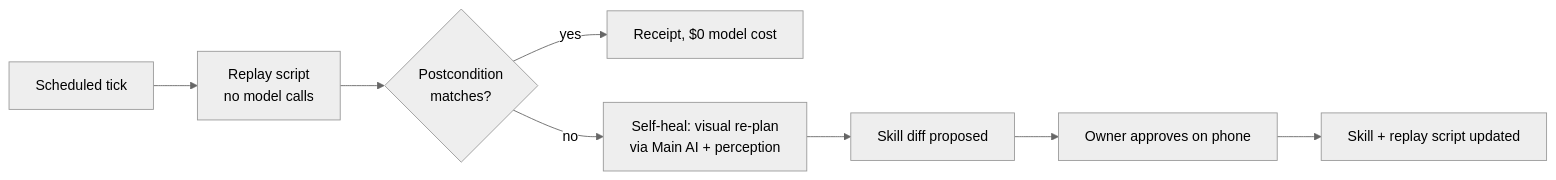
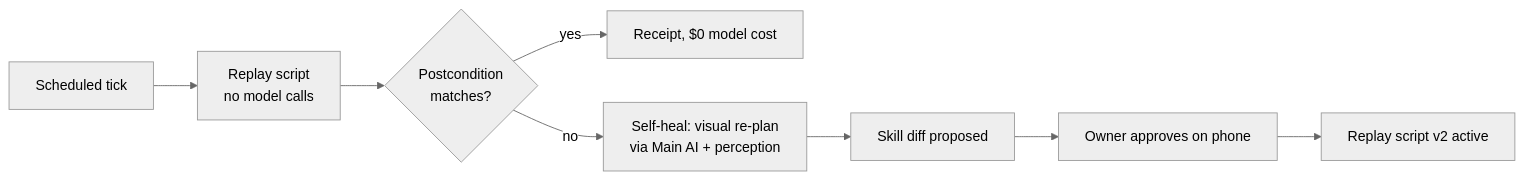
Diagram 12 of 12 in docs/ARCHITECTURE.md (Satyamkryo/Eclipse-Crew), drawn with Mermaid (neutral theme) before and after one commit. The commit also changed other lines of this file and 384 other files, not shown here.

````diff
--- a/docs/ARCHITECTURE.md
+++ b/docs/ARCHITECTURE.md
@@ -949,10 +1031,10 @@
 ```mermaid
 flowchart LR
   T[Scheduled tick] --> R[Replay script<br/>no model calls]
   R --> P{Postcondition<br/>matches?}
   P -- yes --> Done[Receipt, $0 model cost]
   P -- no --> SH[Self-heal: visual re-plan<br/>via Main AI + perception]
   SH --> D[Skill diff proposed]
   D --> A[Owner approves on phone]
-  A --> U[Skill + replay script updated]
+  A --> U[Replay script v2 active]
 ```
````
